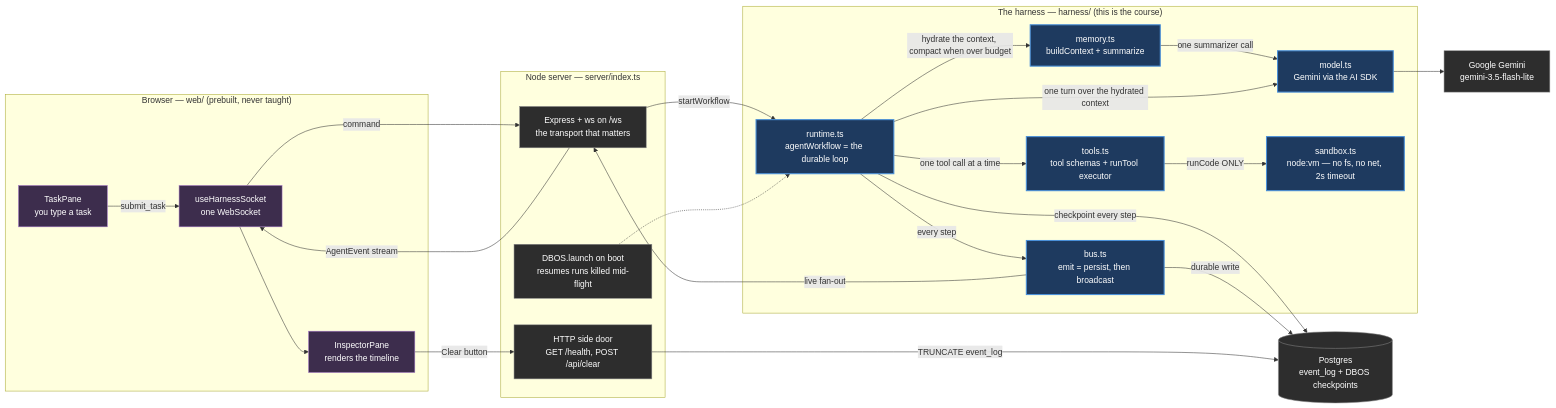
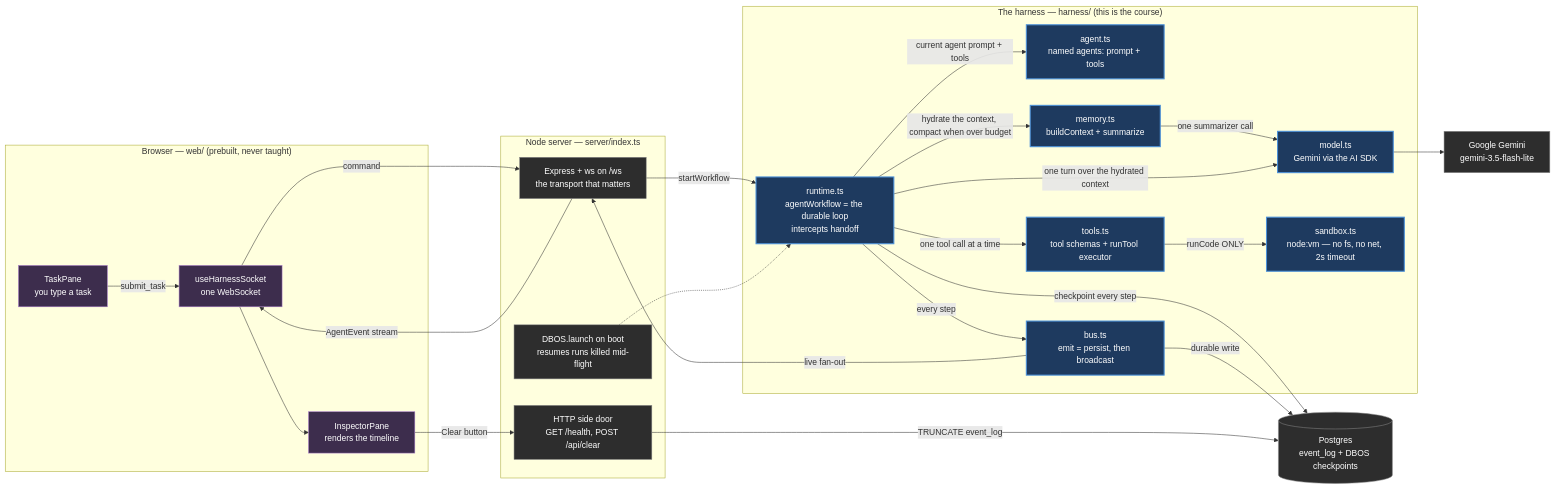
One commit to ATakaSKY/harness-learning changed the first of 7 diagrams in ARCHITECTURE.md. Above: the diagram before and after it, drawn with Mermaid. The commit also changed other lines of this file, not shown here.

First line of the commit message:
docs: update ARCHITECTURE for L5 handoffs and Gemini hydration.

````diff
--- a/ARCHITECTURE.md
+++ b/ARCHITECTURE.md
@@ -14,53 +14,55 @@
 ```mermaid
 flowchart LR
     subgraph BROWSER["Browser — web/ (prebuilt, never taught)"]
         TASK["TaskPane<br/>you type a task"]
         SOCK["useHarnessSocket<br/>one WebSocket"]
         INSP["InspectorPane<br/>renders the timeline"]
     end
 
     subgraph SERVER["Node server — server/index.ts"]
         WS["Express + ws on /ws<br/>the transport that matters"]
         HTTP["HTTP side door<br/>GET /health, POST /api/clear"]
         BOOT["DBOS.launch on boot<br/>resumes runs killed mid-flight"]
     end
 
     subgraph HARNESS["The harness — harness/ (this is the course)"]
-        RUNTIME["runtime.ts<br/>agentWorkflow = the durable loop"]
+        RUNTIME["runtime.ts<br/>agentWorkflow = the durable loop<br/>intercepts handoff"]
+        AGENTS["agent.ts<br/>named agents: prompt + tools"]
         MEMORY["memory.ts<br/>buildContext + summarize"]
         MODEL["model.ts<br/>Gemini via the AI SDK"]
         TOOLS["tools.ts<br/>tool schemas + runTool executor"]
         SANDBOX["sandbox.ts<br/>node:vm — no fs, no net, 2s timeout"]
         BUS["bus.ts<br/>emit = persist, then broadcast"]
     end
 
     GEMINI["Google Gemini<br/>gemini-3.5-flash-lite"]
     PG[("Postgres<br/>event_log + DBOS checkpoints")]
 
     TASK -- "submit_task" --> SOCK
     SOCK -- "command" --> WS
     WS -- "startWorkflow" --> RUNTIME
     WS -- "AgentEvent stream" --> SOCK
     SOCK --> INSP
     INSP -- "Clear button" --> HTTP
     HTTP -- "TRUNCATE event_log" --> PG
 
+    RUNTIME -- "current agent prompt + tools" --> AGENTS
     RUNTIME -- "hydrate the context, compact when over budget" --> MEMORY
     MEMORY -- "one summarizer call" --> MODEL
     RUNTIME -- "one turn over the hydrated context" --> MODEL
     MODEL --> GEMINI
     RUNTIME -- "one tool call at a time" --> TOOLS
     TOOLS -- "runCode ONLY" --> SANDBOX
     RUNTIME -- "every step" --> BUS
     RUNTIME -- "checkpoint every step" --> PG
     BUS -- "durable write" --> PG
     BUS -- "live fan-out" --> WS
     BOOT -.-> RUNTIME
 
     classDef harness fill:#1e3a5f,stroke:#4a90d9,stroke-width:2px,color:#fff
     classDef infra fill:#2d2d2d,stroke:#888,color:#fff
     classDef ui fill:#3d2d4d,stroke:#a678c9,color:#fff
-    class RUNTIME,MEMORY,MODEL,TOOLS,SANDBOX,BUS harness
+    class RUNTIME,AGENTS,MEMORY,MODEL,TOOLS,SANDBOX,BUS harness
     class GEMINI,PG,WS,HTTP,BOOT infra
     class TASK,SOCK,INSP ui
 ```
````
